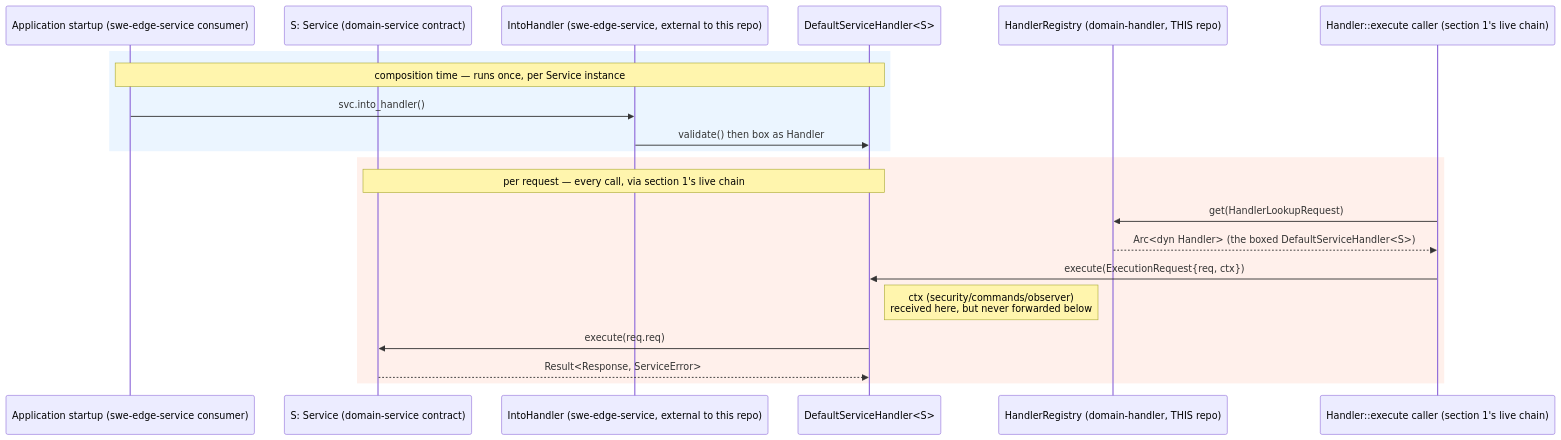
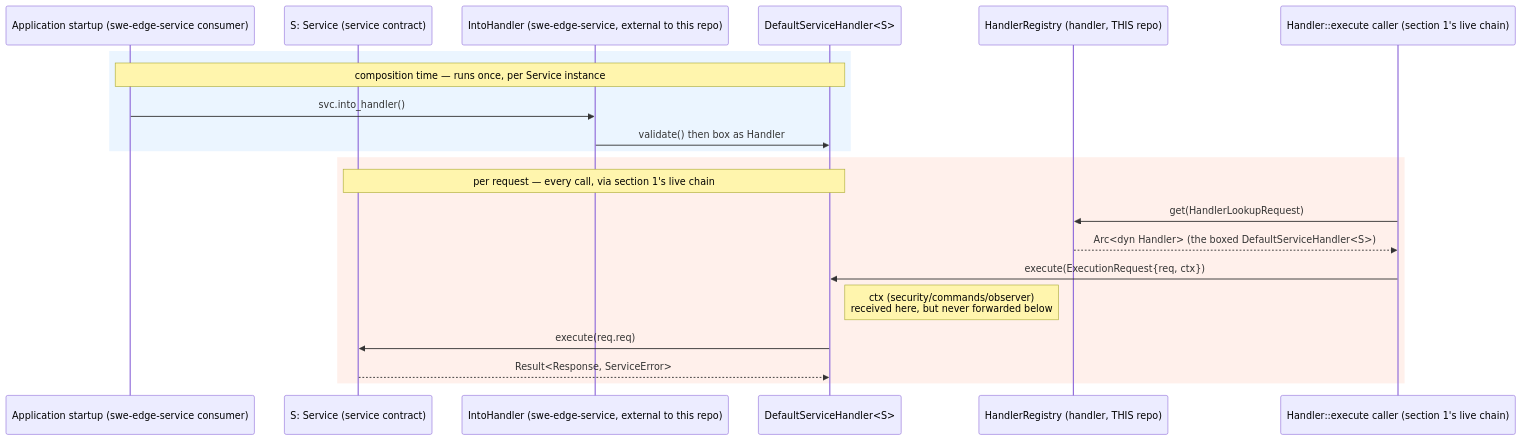
One commit to sweengineeringlabs/edge-domain changed the second of 2 diagrams in scm/docs/3-design/dataflow.md. Above: the diagram before and after it, drawn with Mermaid. The commit also changed other lines of this file and 1325 other files, not shown here.

````diff
--- a/scm/docs/3-design/dataflow.md
+++ b/scm/docs/3-design/dataflow.md
@@ -111,26 +111,26 @@
 ```mermaid
 sequenceDiagram
     participant App as Application startup (swe-edge-service consumer)
-    participant Svc as S: Service (domain-service contract)
+    participant Svc as S: Service (service contract)
     participant IH as IntoHandler (swe-edge-service, external to this repo)
     participant DSH as DefaultServiceHandler<S>
 
     rect rgb(235, 245, 255)
     Note over App,DSH: composition time — runs once, per Service instance
     App->>IH: svc.into_handler()
     IH->>DSH: validate() then box as Handler
     end
 
-    participant Reg as HandlerRegistry (domain-handler, THIS repo)
+    participant Reg as HandlerRegistry (handler, THIS repo)
     participant Caller as Handler::execute caller (section 1's live chain)
 
     rect rgb(255, 240, 235)
     Note over DSH,Svc: per request — every call, via section 1's live chain
     Caller->>Reg: get(HandlerLookupRequest)
     Reg-->>Caller: Arc<dyn Handler> (the boxed DefaultServiceHandler<S>)
     Caller->>DSH: execute(ExecutionRequest{req, ctx})
     Note right of DSH: ctx (security/commands/observer)<br/>received here, but never forwarded below
     DSH->>Svc: execute(req.req)
     Svc-->>DSH: Result<Response, ServiceError>
     end
 ```
````
